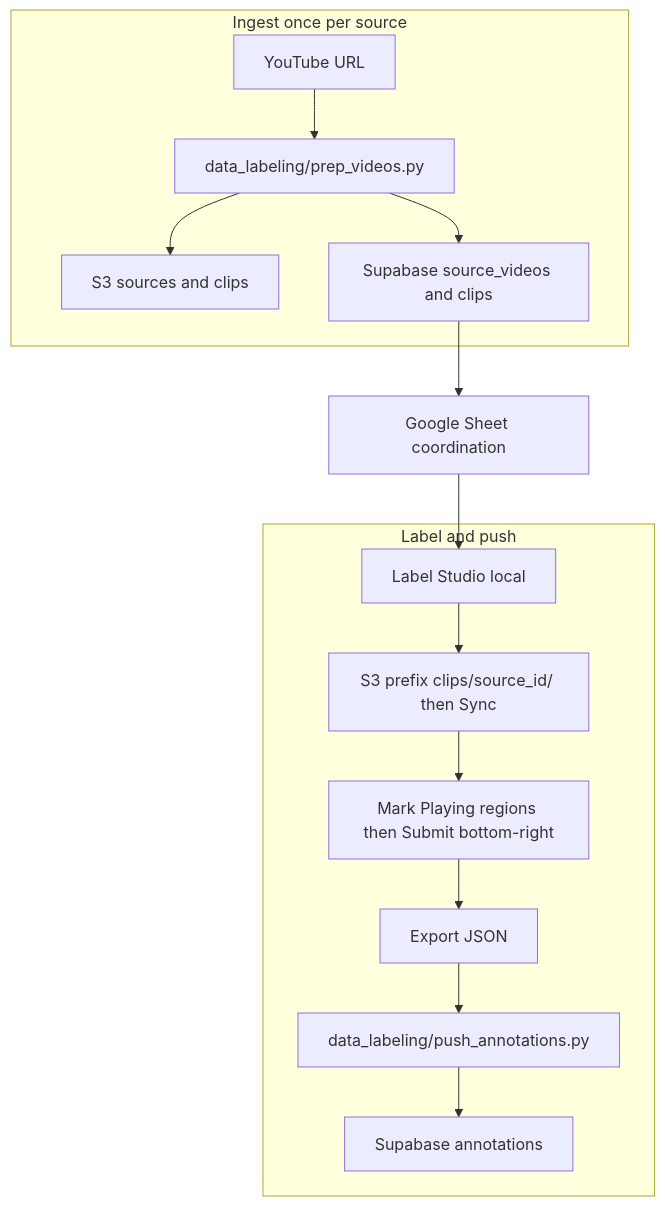
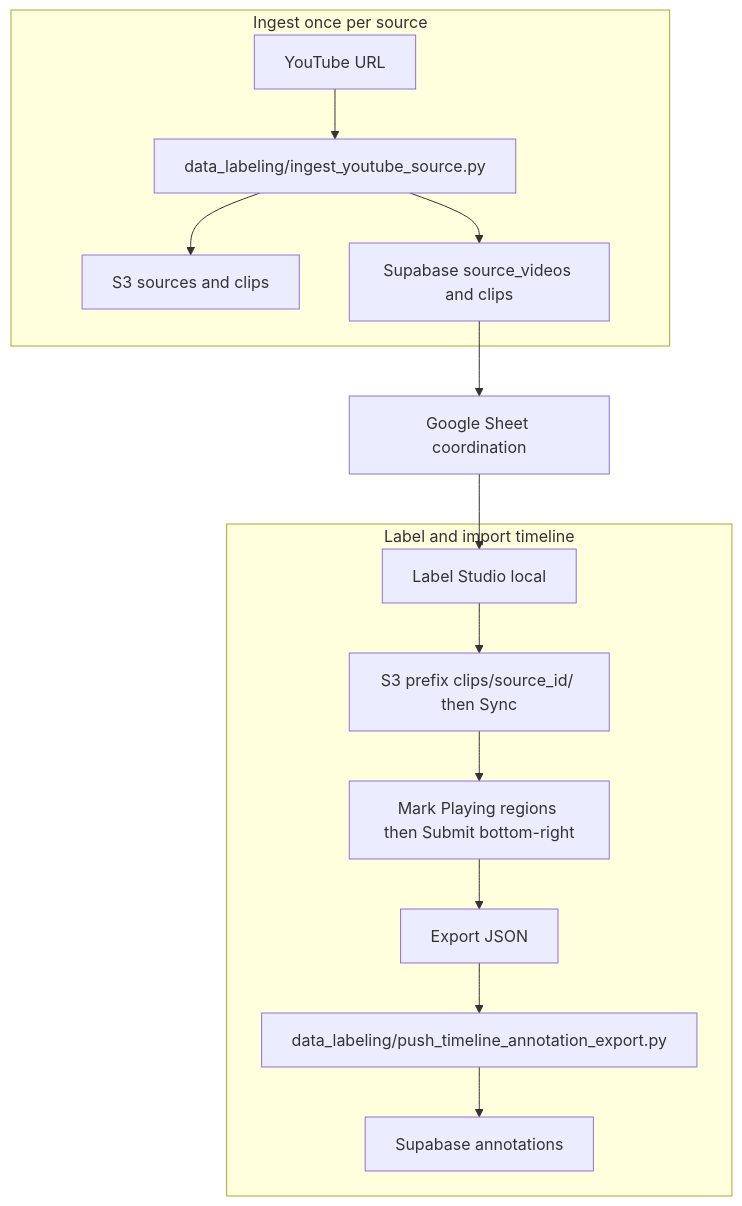
One commit to sjrand96/sports-footage-autotrim changed the diagram in docs/annotation_process/workflow_overview.md. Above: the diagram before and after it, drawn with Mermaid. The commit also changed other lines of this file and 14 other files, not shown here.

````diff
--- a/docs/annotation_process/workflow_overview.md
+++ b/docs/annotation_process/workflow_overview.md
@@ -26,29 +26,29 @@
 ```mermaid
 flowchart TD
   subgraph ingest [Ingest once per source]
     YT[YouTube URL]
-    PREP[data_labeling/prep_videos.py]
+    PREP[data_labeling/ingest_youtube_source.py]
     YT --> PREP
     PREP --> S3[S3 sources and clips]
     PREP --> SB1[Supabase source_videos and clips]
   end
 
   SH[Google Sheet coordination]
 
-  subgraph label [Label and push]
+  subgraph label [Label and import timeline]
     LS[Label Studio local]
     SYNC["S3 prefix clips/source_id/ then Sync"]
     ANN["Mark Playing regions then Submit bottom-right"]
     EXP[Export JSON]
-    PUSH[data_labeling/push_annotations.py]
+    IMPORT[data_labeling/push_timeline_annotation_export.py]
     SB2[Supabase annotations]
     LS --> SYNC
     SYNC --> ANN
     ANN --> EXP
-    EXP --> PUSH
-    PUSH --> SB2
+    EXP --> IMPORT
+    IMPORT --> SB2
   end
 
   SB1 --> SH
   SH --> LS
 ```
````
